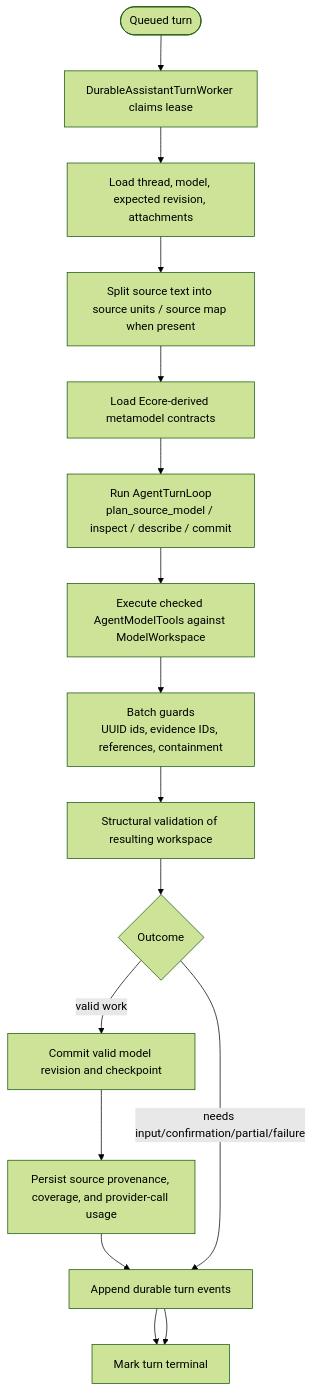
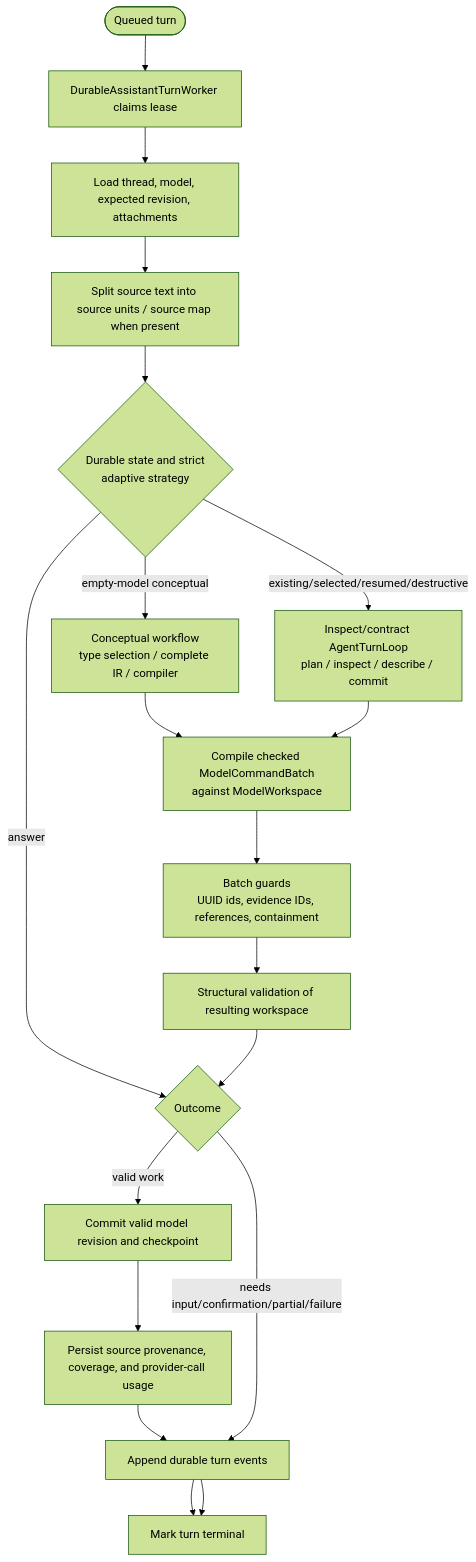
The fifth of 7 diagrams in docs/diagrams/22-major-function-flows.md (mehdieidi/modriss), drawn with Mermaid (forest theme) before and after one commit. The commit also changed other lines of this file and 66 other files, not shown here.

First line of the commit message:
feat(ai): enhance assistant model provider and metamodel generator

````diff
--- a/docs/diagrams/22-major-function-flows.md
+++ b/docs/diagrams/22-major-function-flows.md
@@ -103,21 +103,26 @@
 ```mermaid
 flowchart TD
     start([Queued turn])
     claim["DurableAssistantTurnWorker claims lease"]
     load["Load thread, model, expected revision, attachments"]
     split["Split source text into source units / source map when present"]
-    contracts["Load Ecore-derived metamodel contracts"]
-    loop["Run AgentTurnLoop<br/>plan_source_model / inspect / describe / commit"]
-    tools["Execute checked AgentModelTools against ModelWorkspace"]
+    route{"Durable state and strict<br/>adaptive strategy"}
+    conceptual["Conceptual workflow<br/>type selection / complete IR / compiler"]
+    loop["Inspect/contract AgentTurnLoop<br/>plan / inspect / describe / commit"]
+    tools["Compile checked ModelCommandBatch<br/>against ModelWorkspace"]
     guards["Batch guards<br/>UUID ids, evidence IDs, references, containment"]
     validate["Structural validation of resulting workspace"]
     outcome{"Outcome"}
     commit["Commit valid model revision and checkpoint"]
     provenance["Persist source provenance, coverage, and provider-call usage"]
     events["Append durable turn events"]
     terminal["Mark turn terminal"]
 
-    start --> claim --> load --> split --> contracts --> loop --> tools --> guards --> validate --> outcome
+    start --> claim --> load --> split --> route
+    route -- empty-model conceptual --> conceptual --> tools
+    route -- existing/selected/resumed/destructive --> loop --> tools
+    route -- answer --> outcome
+    tools --> guards --> validate --> outcome
     outcome -- valid work --> commit --> provenance --> events --> terminal
     outcome -- needs input/confirmation/partial/failure --> events --> terminal
 ```
````
